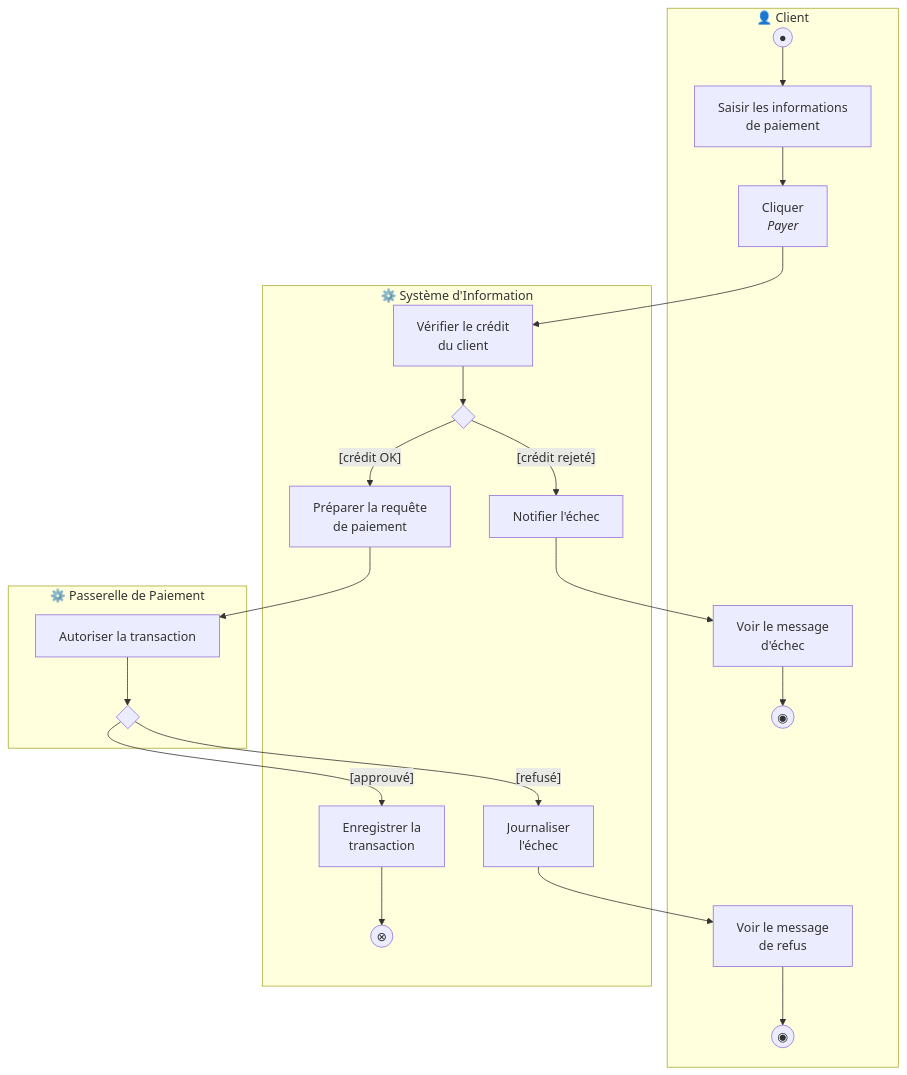
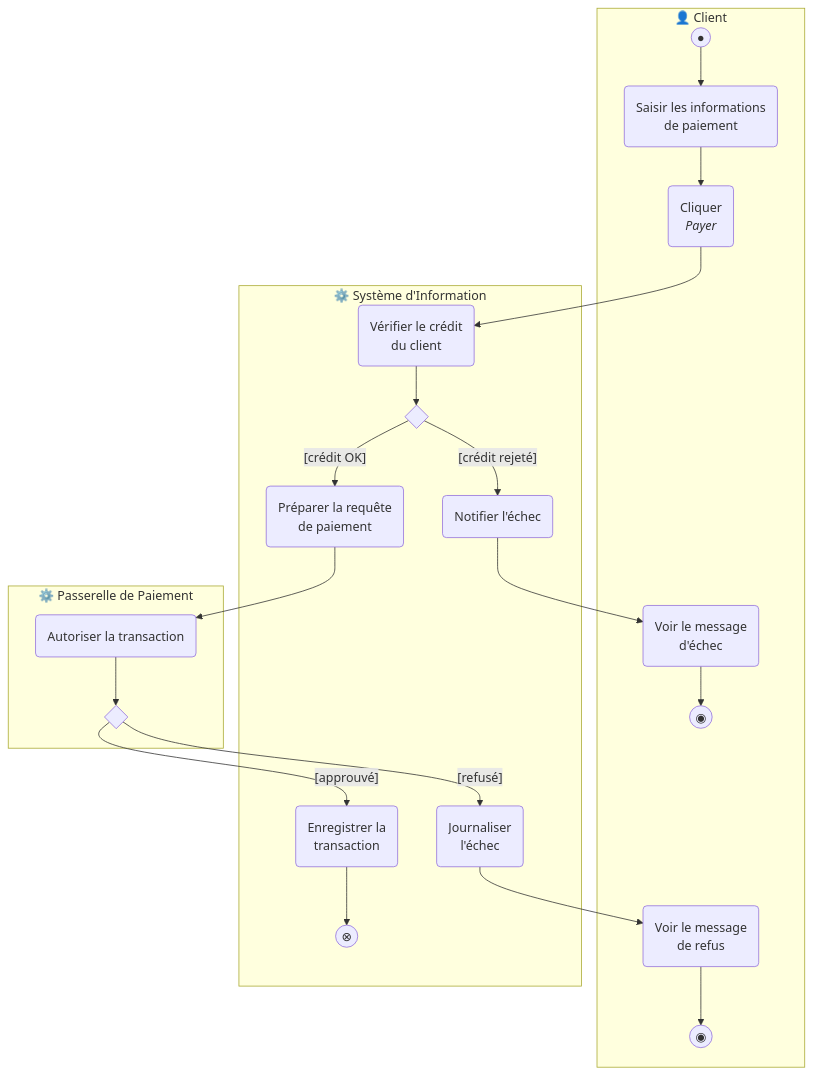
The eighth of 11 diagrams in UML/solutions/UML Activity Solutions.md (MATBMS/study-case-training), drawn with Mermaid before and after one commit. The commit also changed other lines of this file and 12 other files, not shown here.

````diff
--- a/UML/solutions/UML Activity Solutions.md
+++ b/UML/solutions/UML Activity Solutions.md
@@ -181,25 +313,25 @@
 ```mermaid
 flowchart TB
     subgraph CLT ["👤 Client"]
-        I(("●")) --> A["Saisir les informations<br/>de paiement"]
-        A --> B["Cliquer<br/><i>Payer</i>"]
-        REJ["Voir le message<br/>d'échec"] --> END1(("◉"))
-        REF["Voir le message<br/>de refus"] --> END2(("◉"))
+        I(("●")) --> A("Saisir les informations<br/>de paiement")
+        A --> B("Cliquer<br/><i>Payer</i>")
+        REJ("Voir le message<br/>d'échec") --> END1(("◉"))
+        REF("Voir le message<br/>de refus") --> END2(("◉"))
     end
     subgraph SI ["⚙️ Système d'Information"]
-        S1["Vérifier le crédit<br/>du client"] --> D1{" "}
-        D1 -- "[crédit rejeté]" --> S2a["Notifier l'échec"]
-        D1 -- "[crédit OK]" --> S2b["Préparer la requête<br/>de paiement"]
-        S3["Enregistrer la<br/>transaction"] --> FF(("⊗"))
-        S4["Journaliser<br/>l'échec"]
+        S1("Vérifier le crédit<br/>du client") --> D1{" "}
+        D1 -- "[crédit rejeté]" --> S2a("Notifier l'échec")
+        D1 -- "[crédit OK]" --> S2b("Préparer la requête<br/>de paiement")
+        S3("Enregistrer la<br/>transaction") --> FF(("⊗"))
+        S4("Journaliser<br/>l'échec")
     end
     subgraph PG ["⚙️ Passerelle de Paiement"]
-        PG1["Autoriser la transaction"] --> D2{" "}
+        PG1("Autoriser la transaction") --> D2{" "}
     end
     B --> S1
     S2a --> REJ
     S2b --> PG1
     D2 -- "[approuvé]" --> S3
     D2 -- "[refusé]" --> S4
     S4 --> REF
 ```
````
